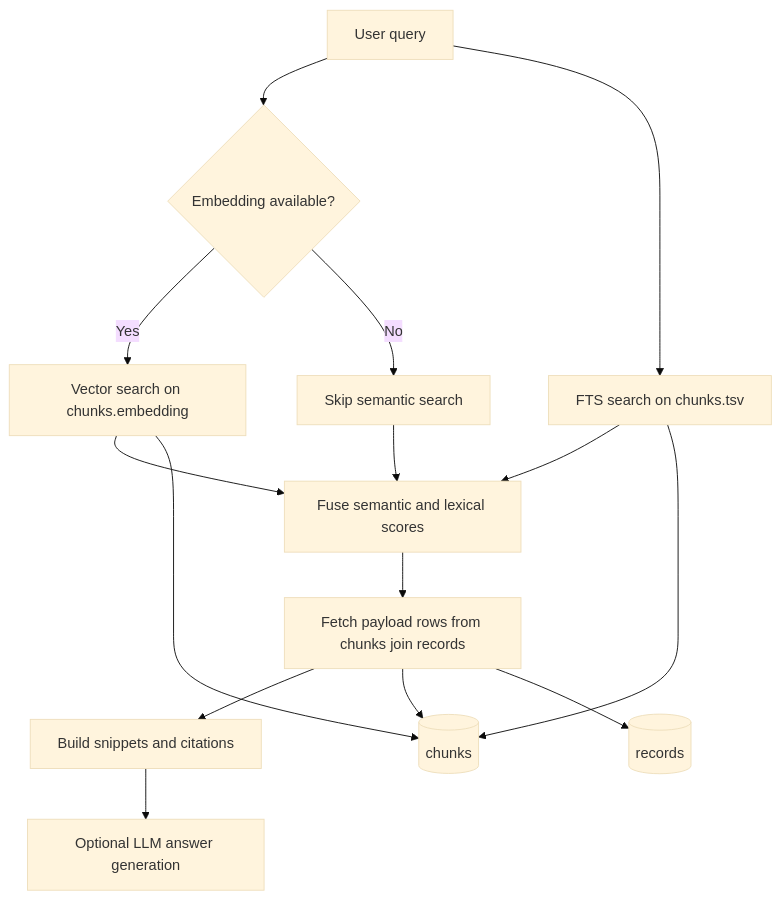
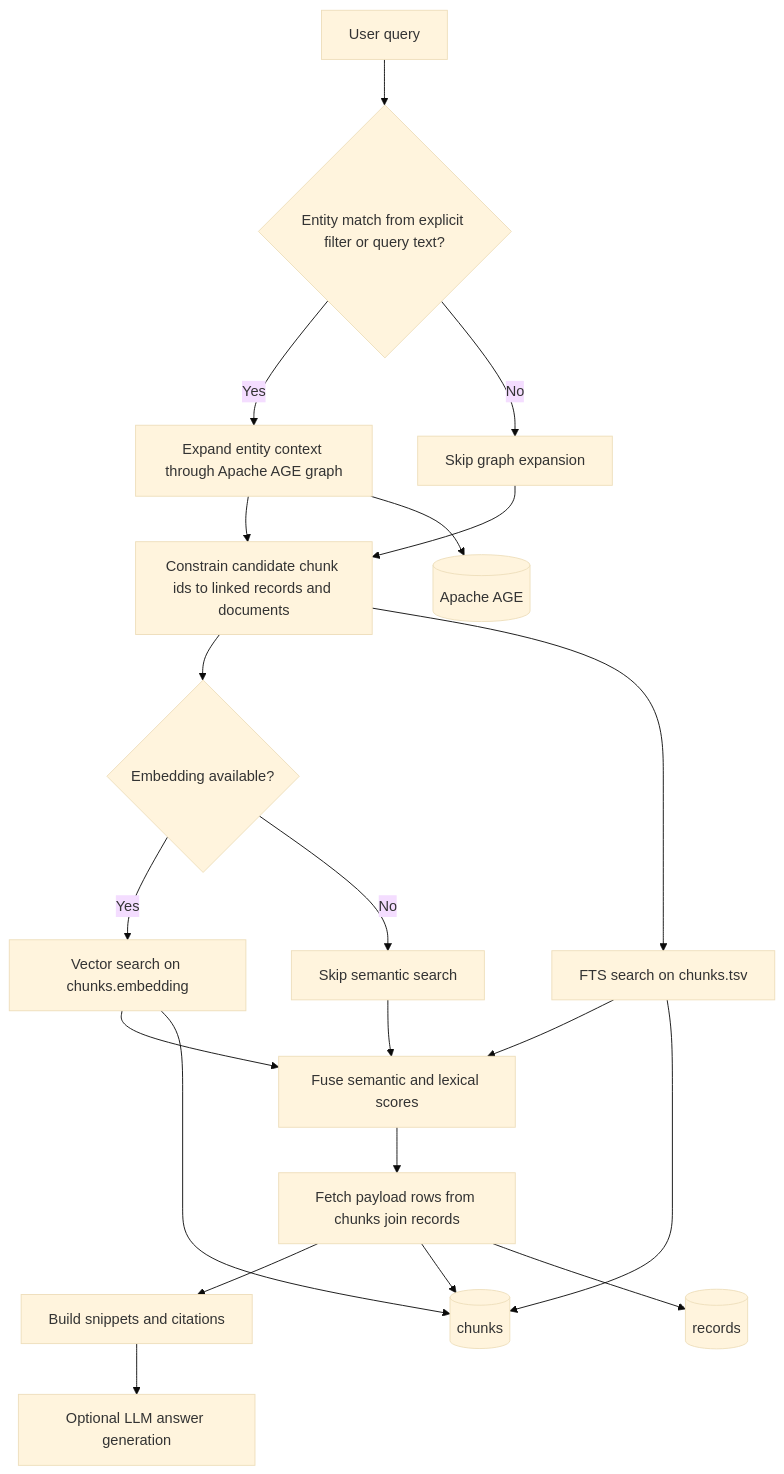
The fifth of 10 diagrams in agents/DB_FLOW.md (shreyas-dhakal/ndis_mvp), drawn with Mermaid (base theme) before and after one commit. The commit also changed other lines of this file and 14 other files, not shown here.

````diff
--- a/agents/DB_FLOW.md
+++ b/agents/DB_FLOW.md
@@ -226,18 +270,24 @@
 ```mermaid
 flowchart TD
-    A[User query] --> B{Embedding available?}
-    B -->|Yes| C[Vector search on chunks.embedding]
-    B -->|No| D[Skip semantic search]
-    A --> E[FTS search on chunks.tsv]
-    C --> F[Fuse semantic and lexical scores]
-    D --> F
-    E --> F
-    F --> G[Fetch payload rows from chunks join records]
-    G --> H[Build snippets and citations]
-    H --> I[Optional LLM answer generation]
+    A[User query] --> B{Entity match from explicit filter or query text?}
+    B -->|Yes| C[Expand entity context through Apache AGE graph]
+    B -->|No| D[Skip graph expansion]
+    C --> E[Constrain candidate chunk ids to linked records and documents]
+    D --> E
+    E --> F{Embedding available?}
+    F -->|Yes| G[Vector search on chunks.embedding]
+    F -->|No| H[Skip semantic search]
+    E --> I[FTS search on chunks.tsv]
+    G --> J[Fuse semantic and lexical scores]
+    H --> J
+    I --> J
+    J --> K[Fetch payload rows from chunks join records]
+    K --> L[Build snippets and citations]
+    L --> M[Optional LLM answer generation]
 
-    C --> J[(chunks)]
-    E --> J
-    G --> J
-    G --> K[(records)]
+    C --> N[(Apache AGE)]
+    G --> O[(chunks)]
+    I --> O
+    K --> O
+    K --> P[(records)]
 ```
````
